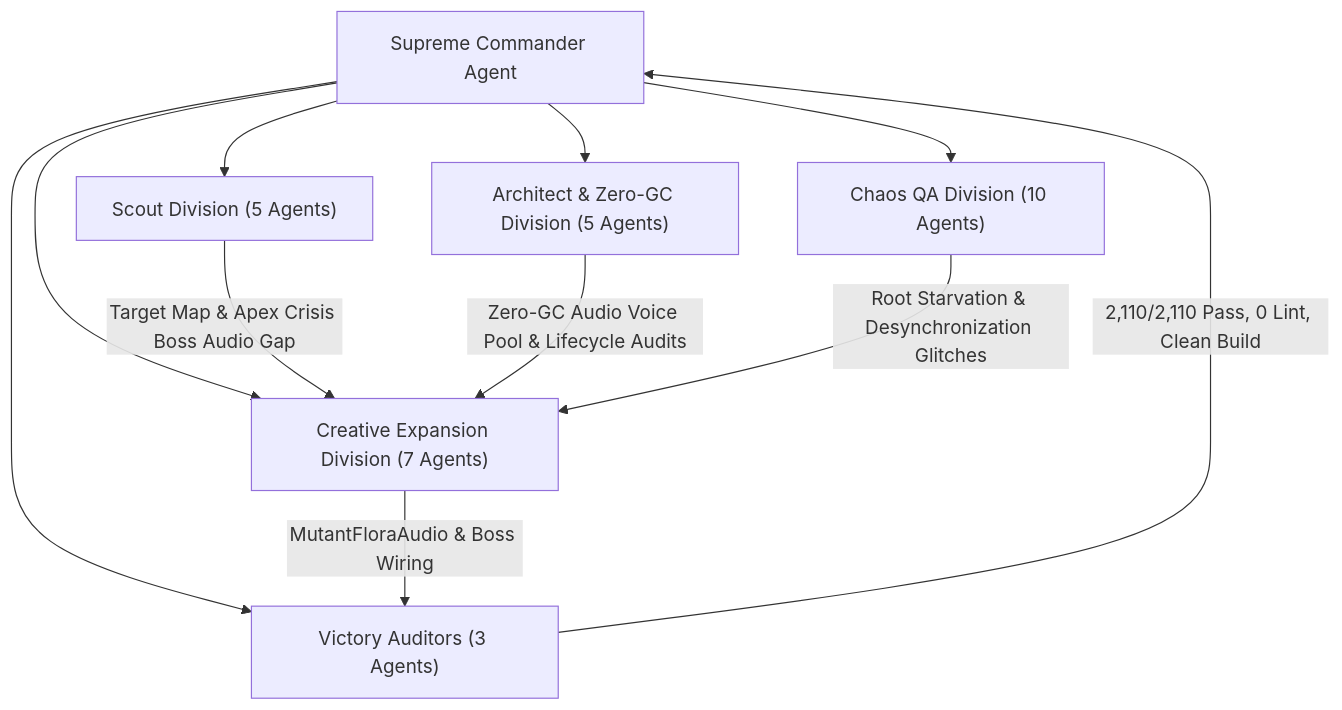
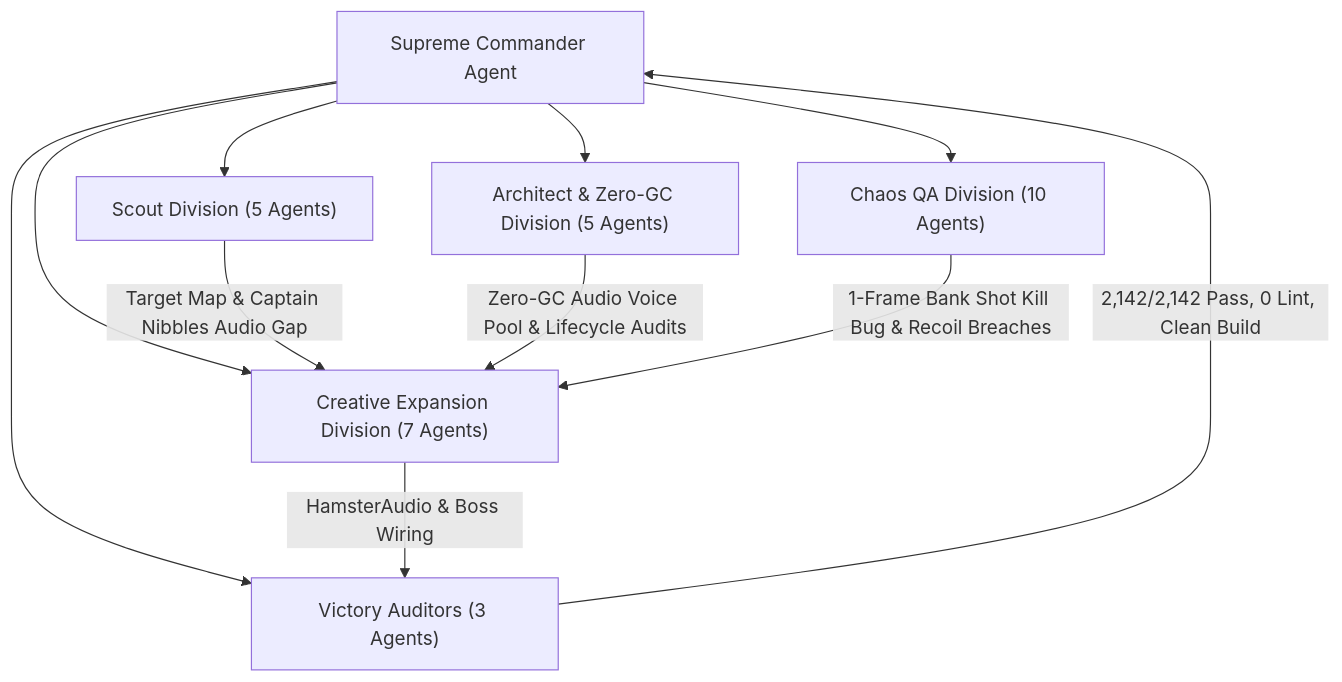
One commit to LeegwangYeol/bomberman-game changed the diagram in DAILY_REPORT.md. Above: the diagram before and after it, drawn with Mermaid. The commit also changed other lines of this file and 12 other files, not shown here.

````diff
--- a/DAILY_REPORT.md
+++ b/DAILY_REPORT.md
@@ -232,14 +59,14 @@
 ```mermaid
 flowchart TD
     SC["Supreme Commander Agent"] --> SD["Scout Division (5 Agents)"]
     SC --> AD["Architect & Zero-GC Division (5 Agents)"]
     SC --> CQD["Chaos QA Division (10 Agents)"]
     SC --> CED["Creative Expansion Division (7 Agents)"]
     SC --> VA["Victory Auditors (3 Agents)"]
 
-    SD -->|"Target Map & Apex Crisis Boss Audio Gap"| CED
+    SD -->|"Target Map & Captain Nibbles Audio Gap"| CED
     AD -->|"Zero-GC Audio Voice Pool & Lifecycle Audits"| CED
-    CQD -->|"Root Starvation & Desynchronization Glitches"| CED
-    CED -->|"MutantFloraAudio & Boss Wiring"| VA
-    VA -->|"2,110/2,110 Pass, 0 Lint, Clean Build"| SC
+    CQD -->|"1-Frame Bank Shot Kill Bug & Recoil Breaches"| CED
+    CED -->|"HamsterAudio & Boss Wiring"| VA
+    VA -->|"2,142/2,142 Pass, 0 Lint, Clean Build"| SC
 ```
````
